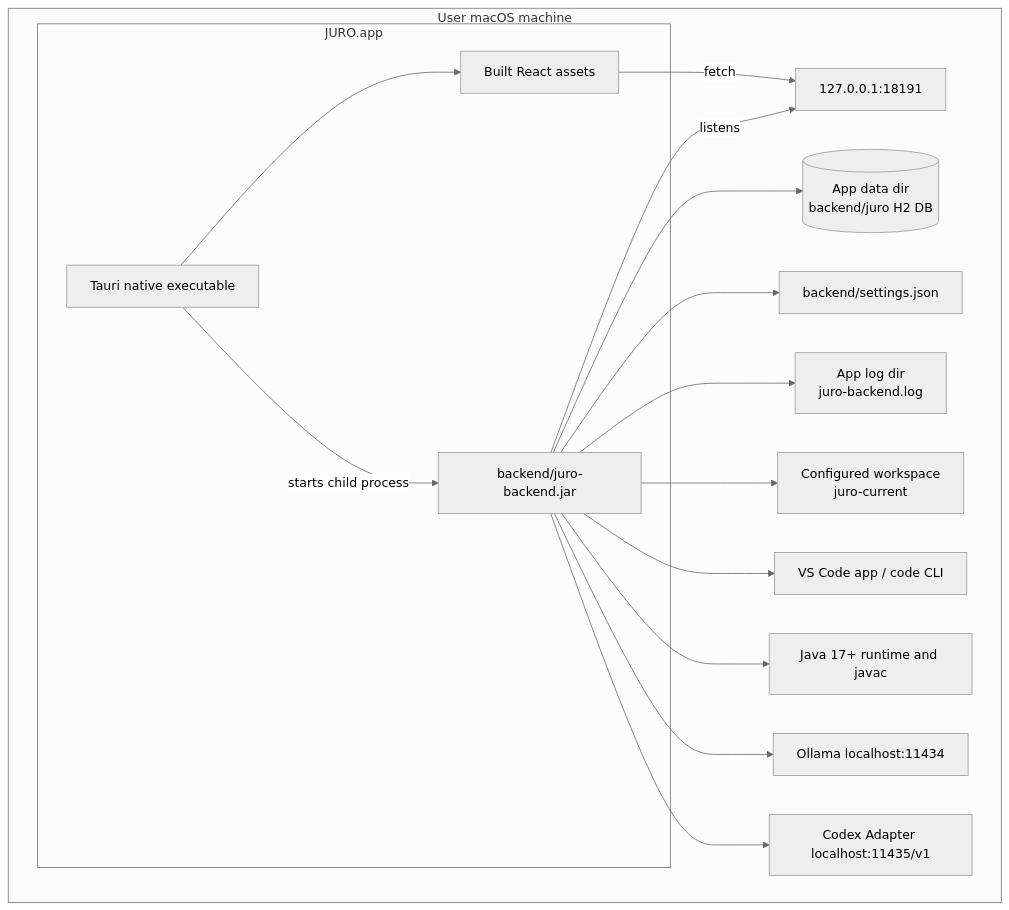
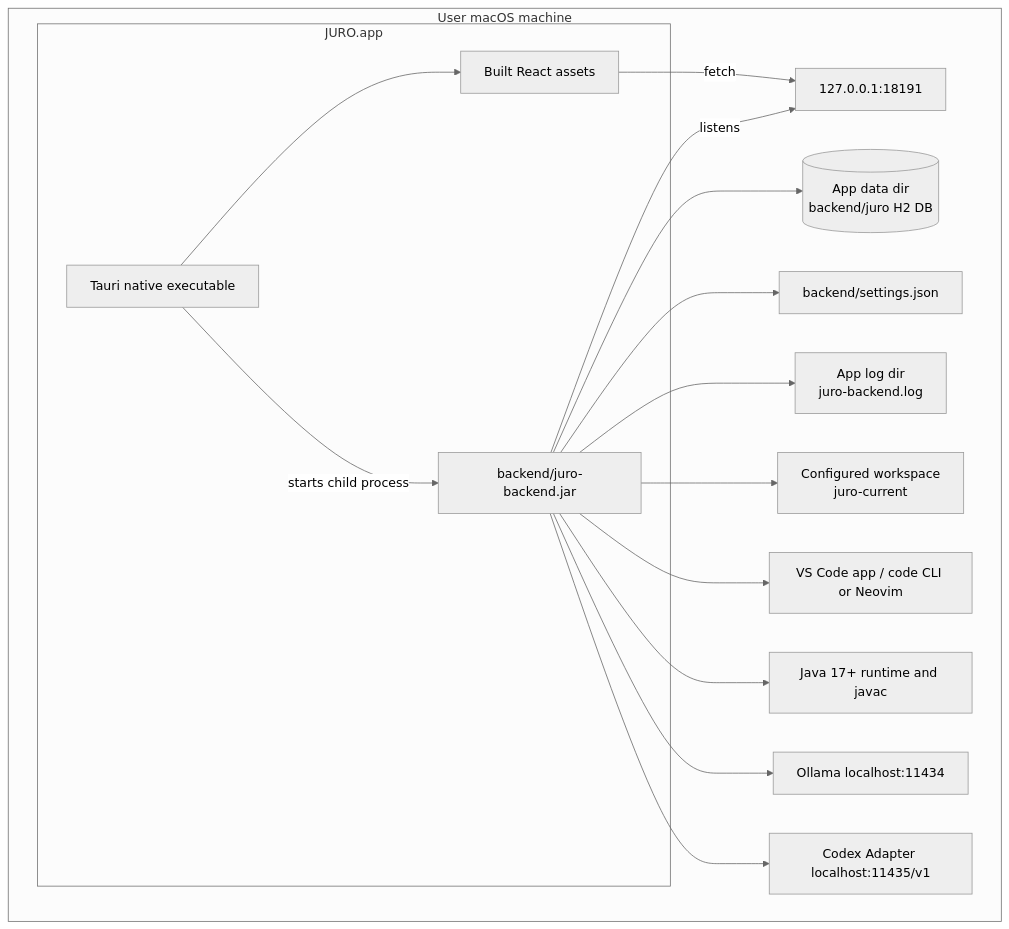
The third of 15 diagrams in docs/architecture-diagrams.md (JuanVillegas95/JURO), drawn with Mermaid (neutral theme) before and after one commit. The commit also changed other lines of this file and 35 other files, not shown here.

````diff
--- a/docs/architecture-diagrams.md
+++ b/docs/architecture-diagrams.md
@@ -161,24 +161,24 @@
 ```mermaid
 flowchart TB
   subgraph Host["User macOS machine"]
     subgraph AppBundle["JURO.app"]
       TauriBin[Tauri native executable]
       StaticAssets[Built React assets]
       BackendJar[backend/juro-backend.jar]
     end
 
     TauriBin --> StaticAssets
     TauriBin -->|starts child process| BackendJar
     BackendJar -->|listens| LocalApi[127.0.0.1:18191]
     StaticAssets -->|fetch| LocalApi
 
     BackendJar --> AppData[(App data dir<br/>backend/juro H2 DB)]
     BackendJar --> SettingsJson[backend/settings.json]
     BackendJar --> AppLogs[App log dir<br/>juro-backend.log]
     BackendJar --> WorkspaceDir[Configured workspace<br/>juro-current]
-    BackendJar --> VSCode[VS Code app / code CLI]
+    BackendJar --> LocalEditor[VS Code app / code CLI or Neovim]
     BackendJar --> JavaTools[Java 17+ runtime and javac]
     BackendJar --> Ollama[Ollama localhost:11434]
     BackendJar --> CodexAdapter[Codex Adapter localhost:11435/v1]
   end
 ```
````
